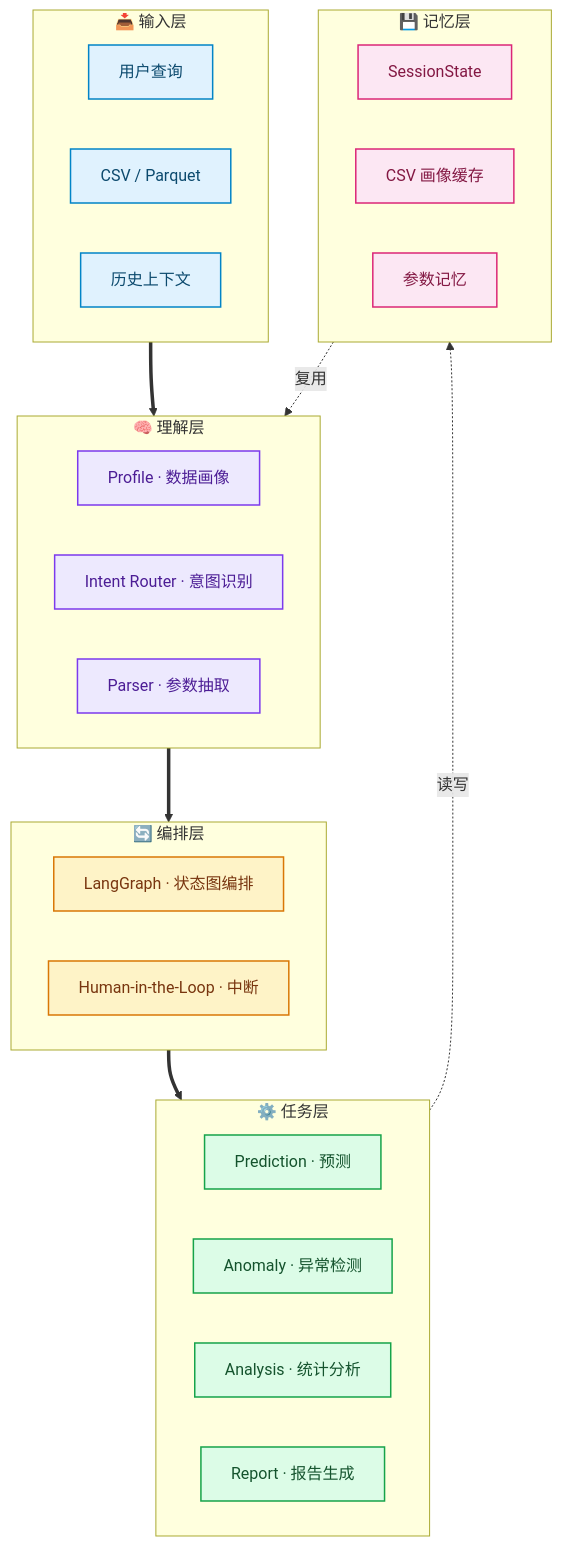
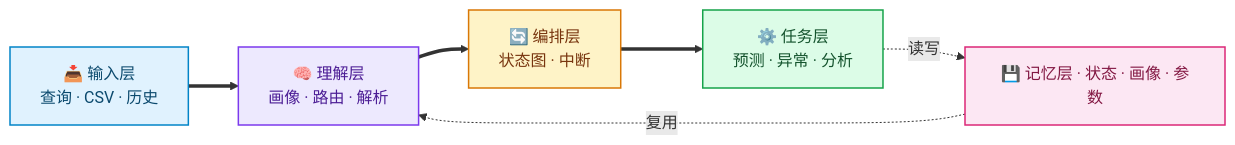
Before and after one commit to wtj1999/Industrial_Time_Series_Agent: the first of 2 diagrams in README.md, drawn with Mermaid.

````diff
--- a/README.md
+++ b/README.md
@@ -86,47 +86,19 @@
 ```mermaid
-flowchart TB
+flowchart LR
     classDef inp  fill:#e0f2fe,stroke:#0284c7,color:#0c4a6e,stroke-width:1.5px
     classDef und  fill:#ede9fe,stroke:#7c3aed,color:#4c1d95,stroke-width:1.5px
     classDef orc  fill:#fef3c7,stroke:#d97706,color:#78350f,stroke-width:1.5px
     classDef task fill:#dcfce7,stroke:#16a34a,color:#14532d,stroke-width:1.5px
     classDef mem  fill:#fce7f3,stroke:#db2777,color:#831843,stroke-width:1.5px
 
-    subgraph L1["📥 输入层"]
-        direction LR
-        UQ[用户查询]:::inp
-        CSV[CSV / Parquet]:::inp
-        HIST[历史上下文]:::inp
-    end
-
-    subgraph L2["🧠 理解层"]
-        direction LR
-        PA[Profile · 数据画像]:::und
-        IR[Intent Router · 意图识别]:::und
-        PS[Parser · 参数抽取]:::und
-    end
-
-    subgraph L3["🔄 编排层"]
-        direction LR
-        OG[LangGraph · 状态图编排]:::orc
-        HITL[Human-in-the-Loop · 中断]:::orc
-    end
-
-    subgraph L4["⚙️ 任务层"]
-        direction LR
-        PRE[Prediction · 预测]:::task
-        ANO[Anomaly · 异常检测]:::task
-        ANA[Analysis · 统计分析]:::task
-        RPT[Report · 报告生成]:::task
-    end
-
-    subgraph L5["💾 记忆层"]
-        direction LR
-        SS[SessionState]:::mem
-        PROF[CSV 画像缓存]:::mem
-        PMEM[参数记忆]:::mem
-    end
+    L1["📥 输入层<br/>查询 · CSV · 历史"]:::inp
+    L2["🧠 理解层<br/>画像 · 路由 · 解析"]:::und
+    L3["🔄 编排层<br/>状态图 · 中断"]:::orc
+    L4["⚙️ 任务层<br/>预测 · 异常 · 分析"]:::task
 
     L1 ==> L2 ==> L3 ==> L4
+
+    L5["💾 记忆层 · 状态 · 画像 · 参数"]:::mem
     L4 -. 读写 .-> L5
     L5 -. 复用 .-> L2
 ```
````
